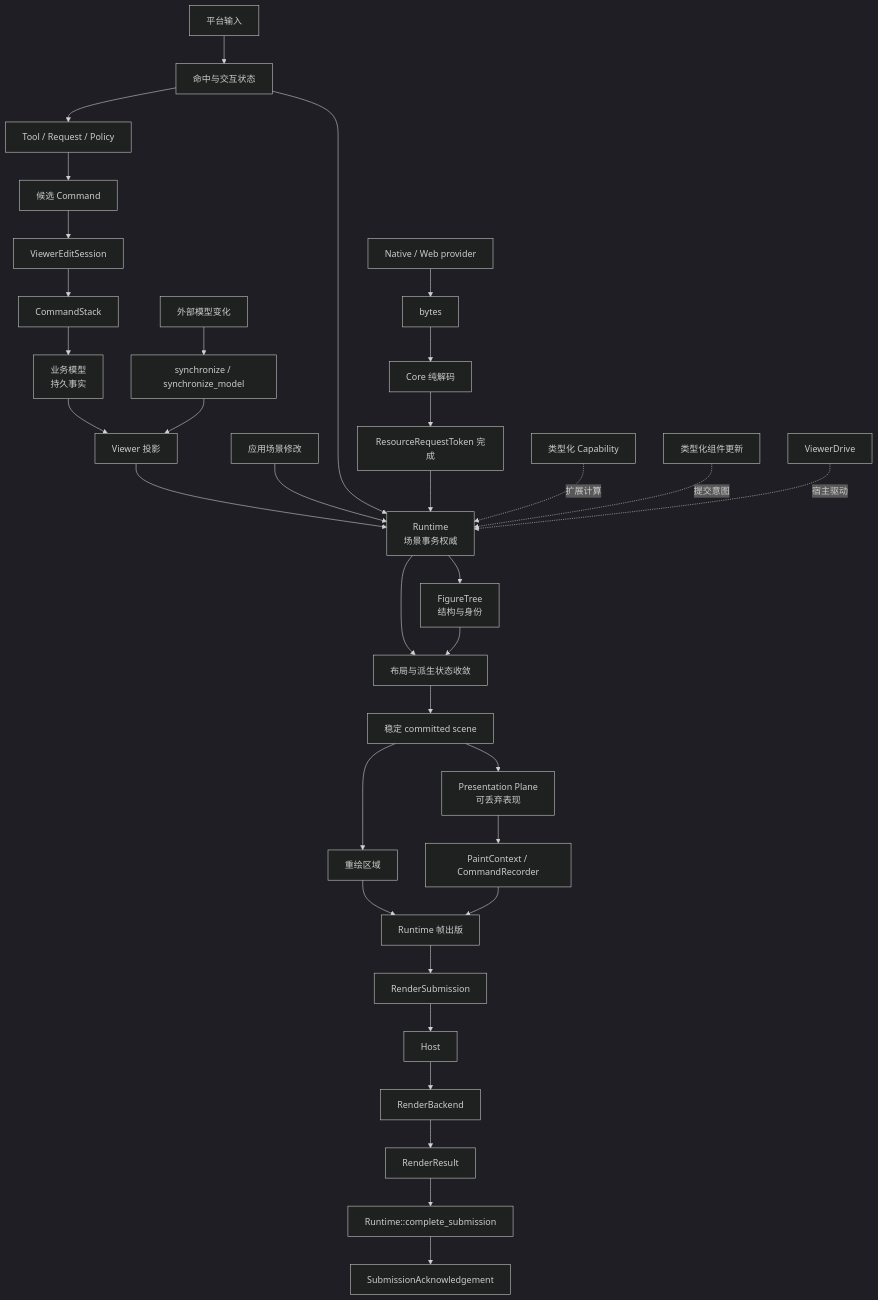
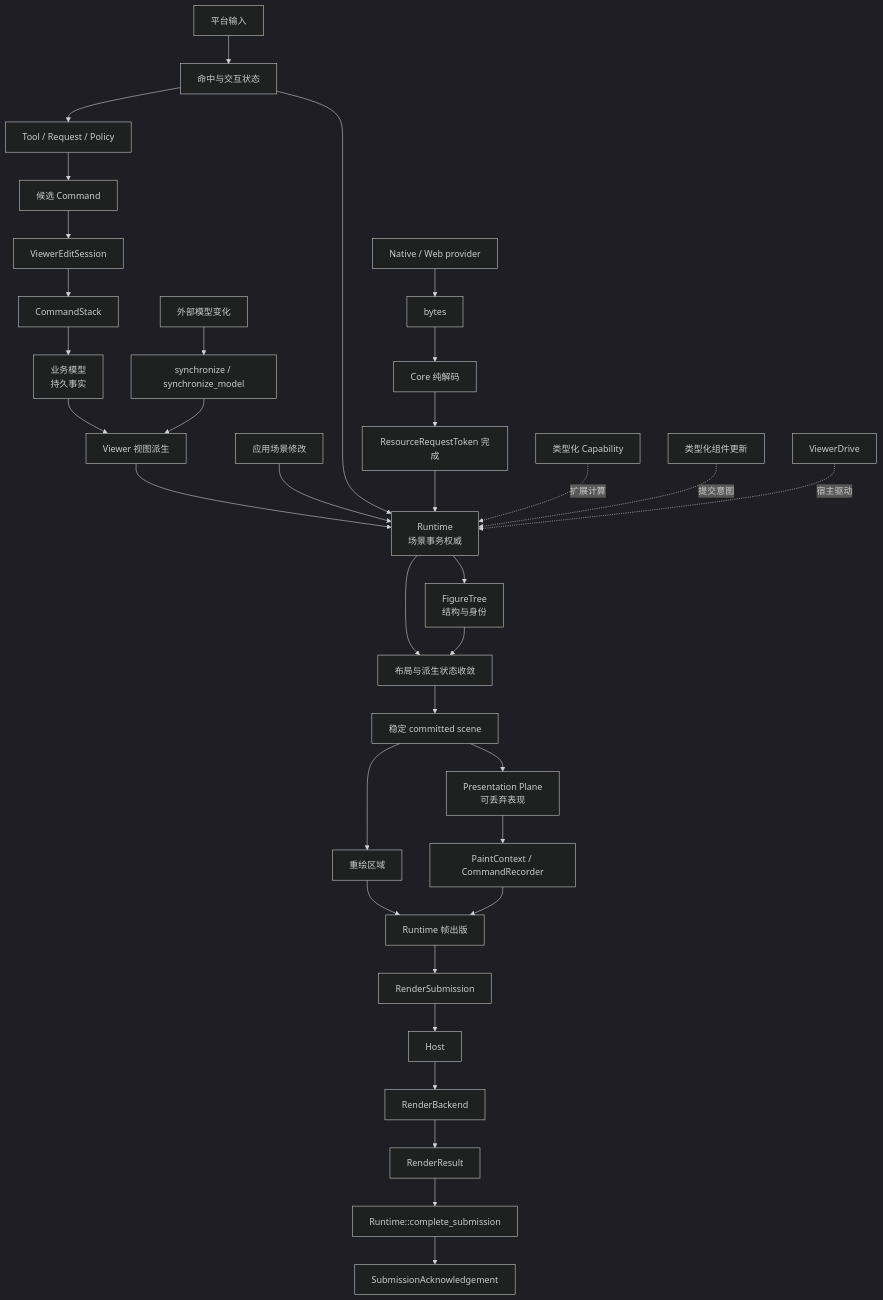
One commit to yezhang/novadraw changed the first of 6 diagrams in engine/wasm_rust/novadraw/book/internals/src/appendix-concept-map.md. Above: the diagram before and after it, drawn with Mermaid (dark theme). The commit also changed other lines of this file and 46 other files, not shown here.

````diff
--- a/engine/wasm_rust/novadraw/book/internals/src/appendix-concept-map.md
+++ b/engine/wasm_rust/novadraw/book/internals/src/appendix-concept-map.md
@@ -10,43 +10,43 @@
 ```mermaid
 flowchart TD
-    Model[业务模型<br/>持久事实] --> Projection[Viewer 投影]
+    Model[业务模型<br/>持久事实] --> View[Viewer 视图派生]
     Input[平台输入] --> Interaction[命中与交互状态]
     Interaction --> Editing[Tool / Request / Policy]
     Editing --> Command[候选 Command]
     Command --> EditSession[ViewerEditSession]
     EditSession --> Stack[CommandStack]
     Stack --> Model
 
     External[外部模型变化] --> Synchronize[synchronize / synchronize_model]
-    Synchronize --> Projection
+    Synchronize --> View
 
-    Projection --> Runtime[Runtime<br/>场景事务权威]
+    View --> Runtime[Runtime<br/>场景事务权威]
     App[应用场景修改] --> Runtime
     Interaction --> Runtime
 
     Runtime --> Tree[FigureTree<br/>结构与身份]
     Runtime --> Stabilize[布局与派生状态收敛]
     Tree --> Stabilize
     Stabilize --> Stable[稳定 committed scene]
 
     Stable --> Presentation[Presentation Plane<br/>可丢弃表现]
     Presentation --> Record[PaintContext / CommandRecorder]
     Stable --> Damage[重绘区域]
     Damage --> Publish[Runtime 帧出版]
     Record --> Publish
     Publish --> Submission[RenderSubmission]
     Submission --> Host[Host]
     Host --> Backend[RenderBackend]
     Backend --> Result[RenderResult]
     Result --> Complete[Runtime::complete_submission]
     Complete --> Ack[SubmissionAcknowledgement]
 
     Provider[Native / Web provider] --> Bytes[bytes]
     Bytes --> Decode[Core 纯解码]
     Decode --> Token[ResourceRequestToken 完成]
     Token --> Runtime
 
     Capability[类型化 Capability] -.扩展计算.-> Runtime
     Component[类型化组件更新] -.提交意图.-> Runtime
     Drive[ViewerDrive] -.宿主驱动.-> Runtime
 ```
````
